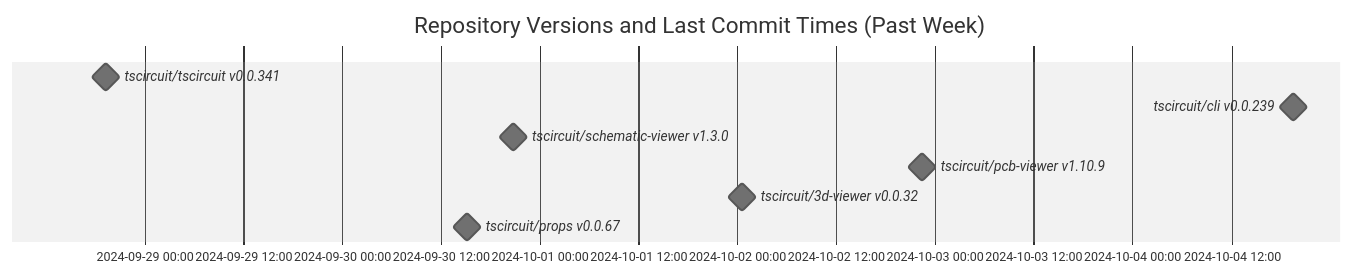
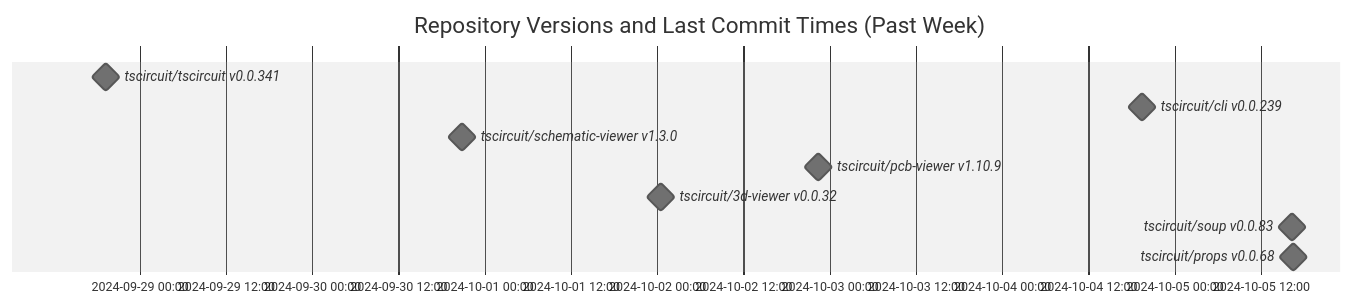
The diagram in README.md (tscircuit/version-tracker), drawn with Mermaid (neutral theme) before and after one commit.

Commit message:
Update chart

````diff
--- a/README.md
+++ b/README.md
@@ -1,13 +1,14 @@
 ```mermaid
 gantt
   dateFormat  YYYY-MM-DD HH:mm:ss
   title Repository Versions and Last Commit Times (Past Week)
   axisFormat %Y-%m-%d %H:%M
 
   tscircuit/tscircuit v0.0.341 : milestone, 2024-09-28 19:18:49, 1s
   tscircuit/cli v0.0.239 : milestone, 2024-10-04 19:30:33, 1s
   tscircuit/schematic-viewer v1.3.0 : milestone, 2024-09-30 20:50:04, 1s
   tscircuit/pcb-viewer v1.10.9 : milestone, 2024-10-02 22:24:48, 1s
   tscircuit/3d-viewer v0.0.32 : milestone, 2024-10-02 00:30:55, 1s
-  tscircuit/props v0.0.67 : milestone, 2024-09-30 15:06:17, 1s
+  tscircuit/soup v0.0.83 : milestone, 2024-10-05 16:28:11, 1s
+  tscircuit/props v0.0.68 : milestone, 2024-10-05 16:34:46, 1s
 ```
````
